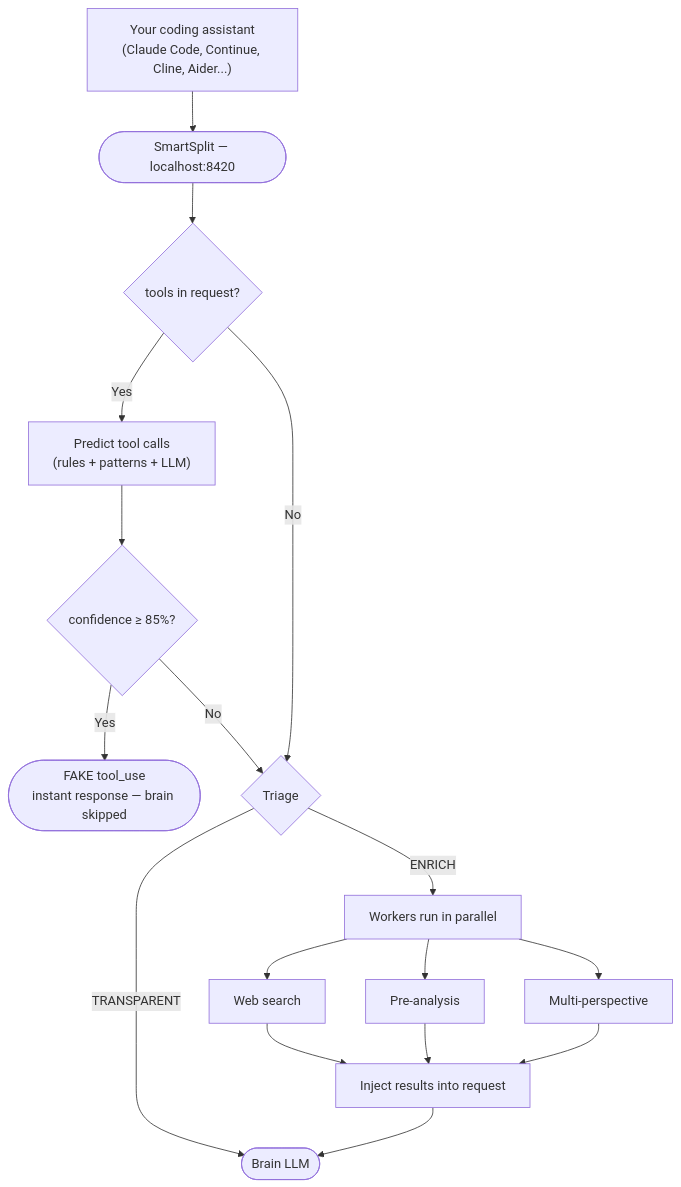
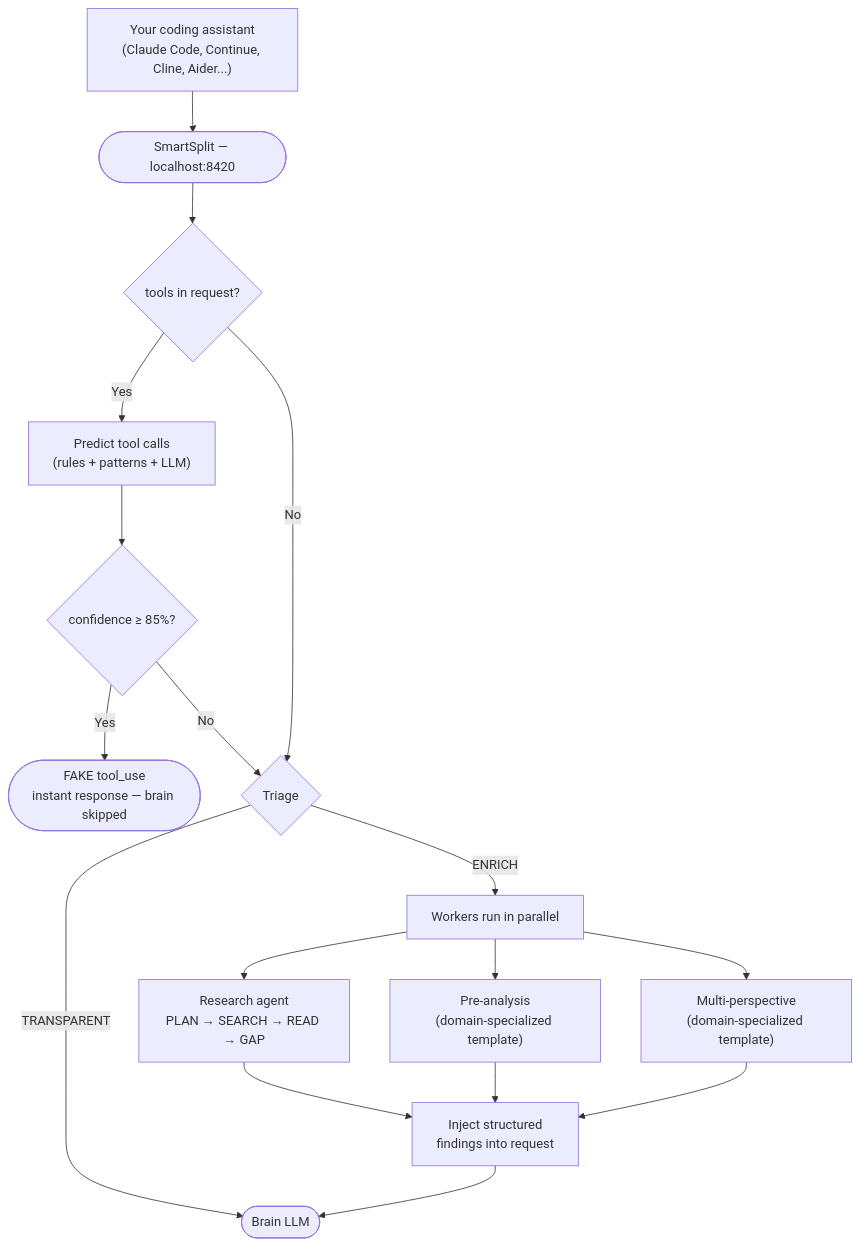
Before and after one commit to dsteinberger/smartsplit: the diagram in README.md, drawn with Mermaid. The commit also changed other lines of this file and 57 other files, not shown here.

````diff
--- a/README.md
+++ b/README.md
@@ -223,22 +245,22 @@
 ```mermaid
 flowchart TD
     Client["Your coding assistant<br/>(Claude Code, Continue, Cline, Aider...)"]
     Client --> SS(["SmartSplit — localhost:8420"])
     SS --> A{"tools in request?"}
 
     A -->|"Yes"| PRED["Predict tool calls<br/>(rules + patterns + LLM)"]
     PRED --> CONF{"confidence ≥ 85%?"}
     CONF -->|"Yes"| FAKE(["FAKE tool_use<br/>instant response — brain skipped"])
     CONF -->|"No"| DET
 
     A -->|"No"| DET{"Triage"}
     DET -->|"TRANSPARENT"| BRAIN(["Brain LLM"])
     DET -->|"ENRICH"| EN["Workers run in parallel"]
-    EN --> WEB["Web search"]
-    EN --> ANA["Pre-analysis"]
-    EN --> CMP["Multi-perspective"]
-    WEB --> INJ["Inject results into request"]
+    EN --> WEB["Research agent<br/>PLAN → SEARCH → READ → GAP"]
+    EN --> ANA["Pre-analysis<br/>(domain-specialized template)"]
+    EN --> CMP["Multi-perspective<br/>(domain-specialized template)"]
+    WEB --> INJ["Inject structured<br/>findings into request"]
     ANA --> INJ
     CMP --> INJ
     INJ --> BRAIN
 ```
````
